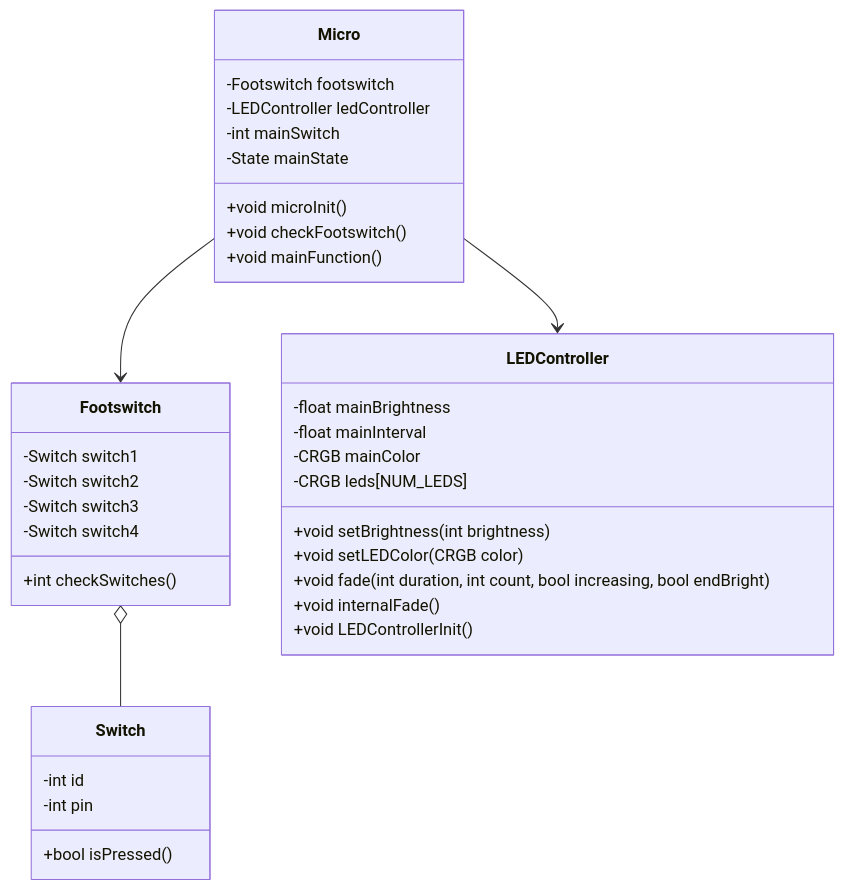
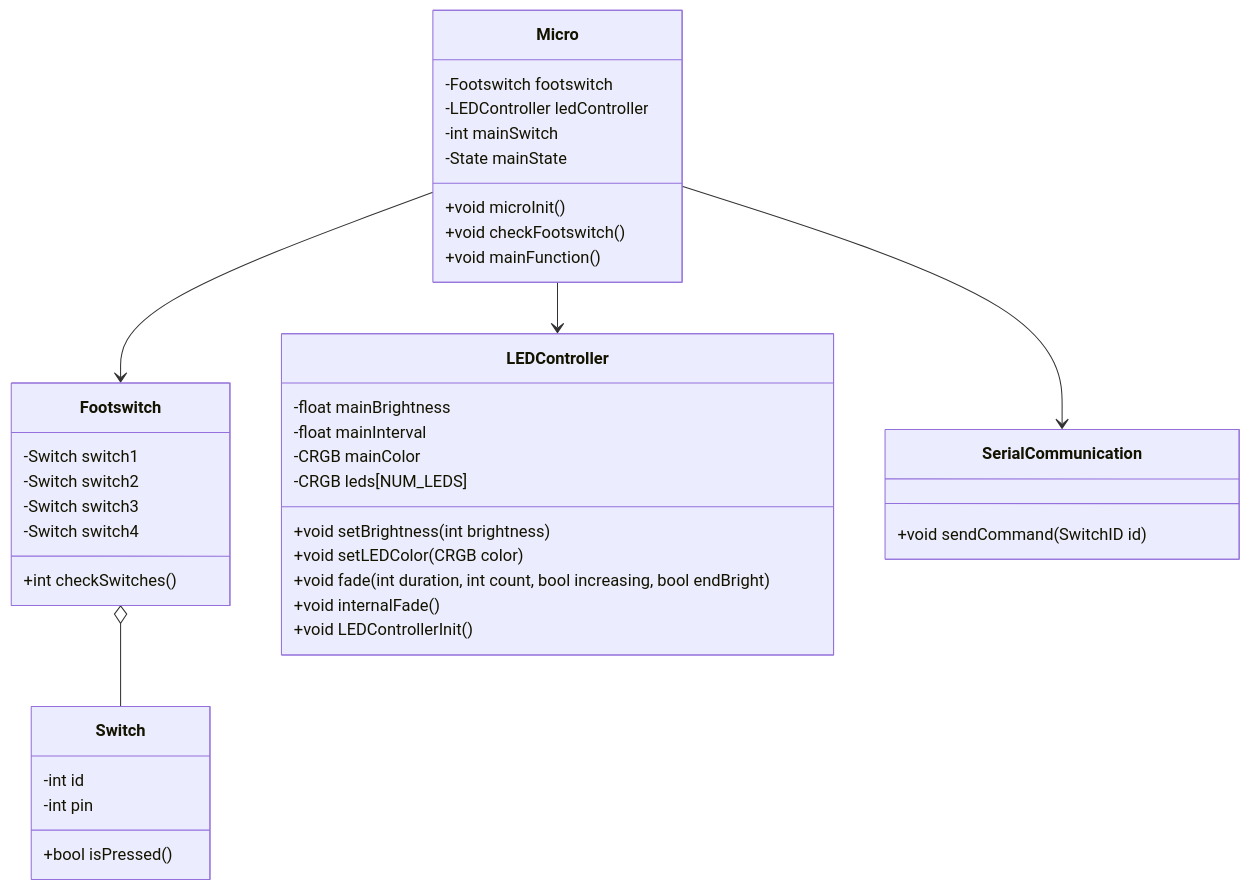
One commit to c-coyne/logic-pro-transport-controller changed the diagram in doc/design/module/Module.md. Above: the diagram before and after it, drawn with Mermaid. The commit also changed 7 other files, not shown here.

Commit message:
Added SerialCommunication object, set up framework for Keyboard emulation

````diff
--- a/doc/design/module/Module.md
+++ b/doc/design/module/Module.md
@@ -3,38 +3,42 @@
 ```mermaid
 classDiagram
     Footswitch o-- Switch
     Micro --> Footswitch
     Micro --> LEDController
+    Micro --> SerialCommunication
     class Switch{
         -int id
         -int pin
         +bool isPressed()
     }
     class Footswitch{
         -Switch switch1
         -Switch switch2
         -Switch switch3
         -Switch switch4
         +int checkSwitches()
     }
     class Micro{
         -Footswitch footswitch
         -LEDController ledController
         -int mainSwitch
         -State mainState
         +void microInit()
         +void checkFootswitch()
         +void mainFunction()
     }
     class LEDController{
         -float mainBrightness
         -float mainInterval
         -CRGB mainColor
         -CRGB leds[NUM_LEDS]
         +void setBrightness(int brightness)
         +void setLEDColor(CRGB color)
         +void fade(int duration, int count, bool increasing, bool endBright)
         +void internalFade()
         +void LEDControllerInit()
     }
+    class SerialCommunication{
+        +void sendCommand(SwitchID id)
+    }
 ```
````
